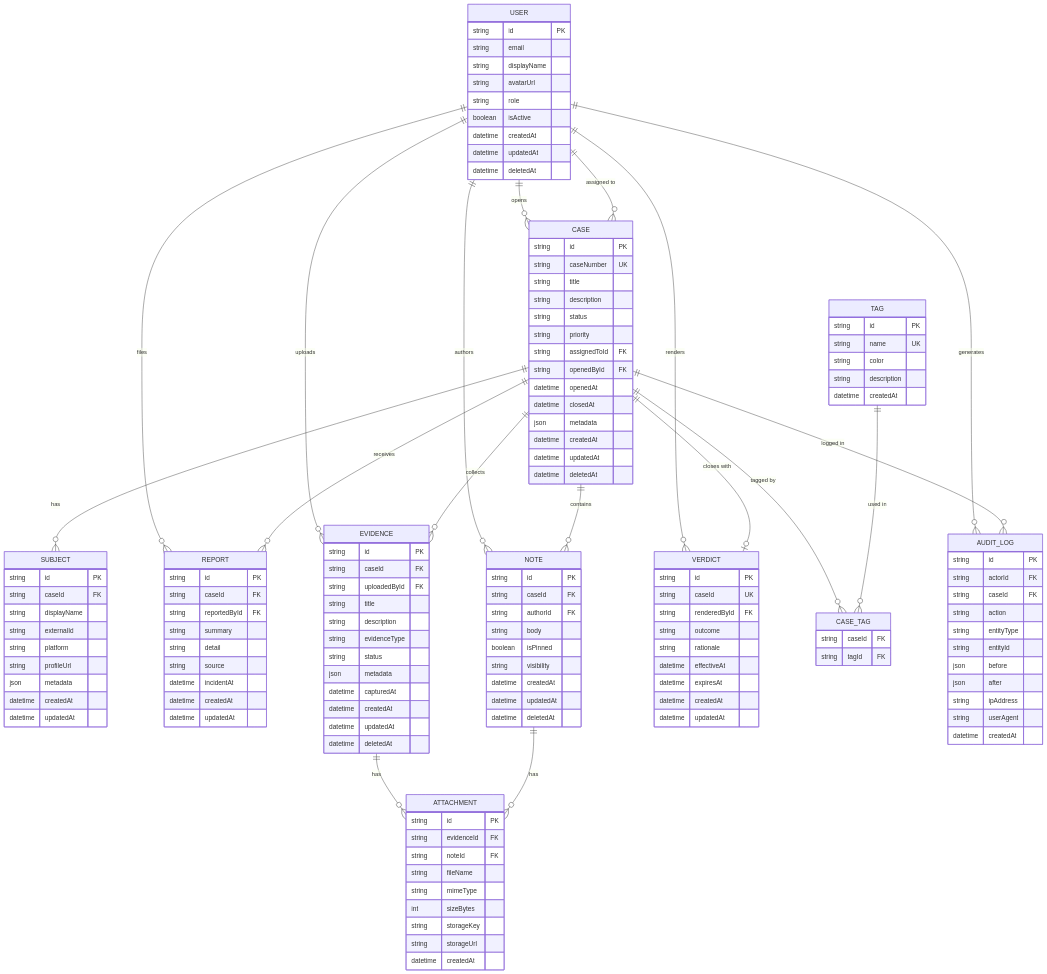
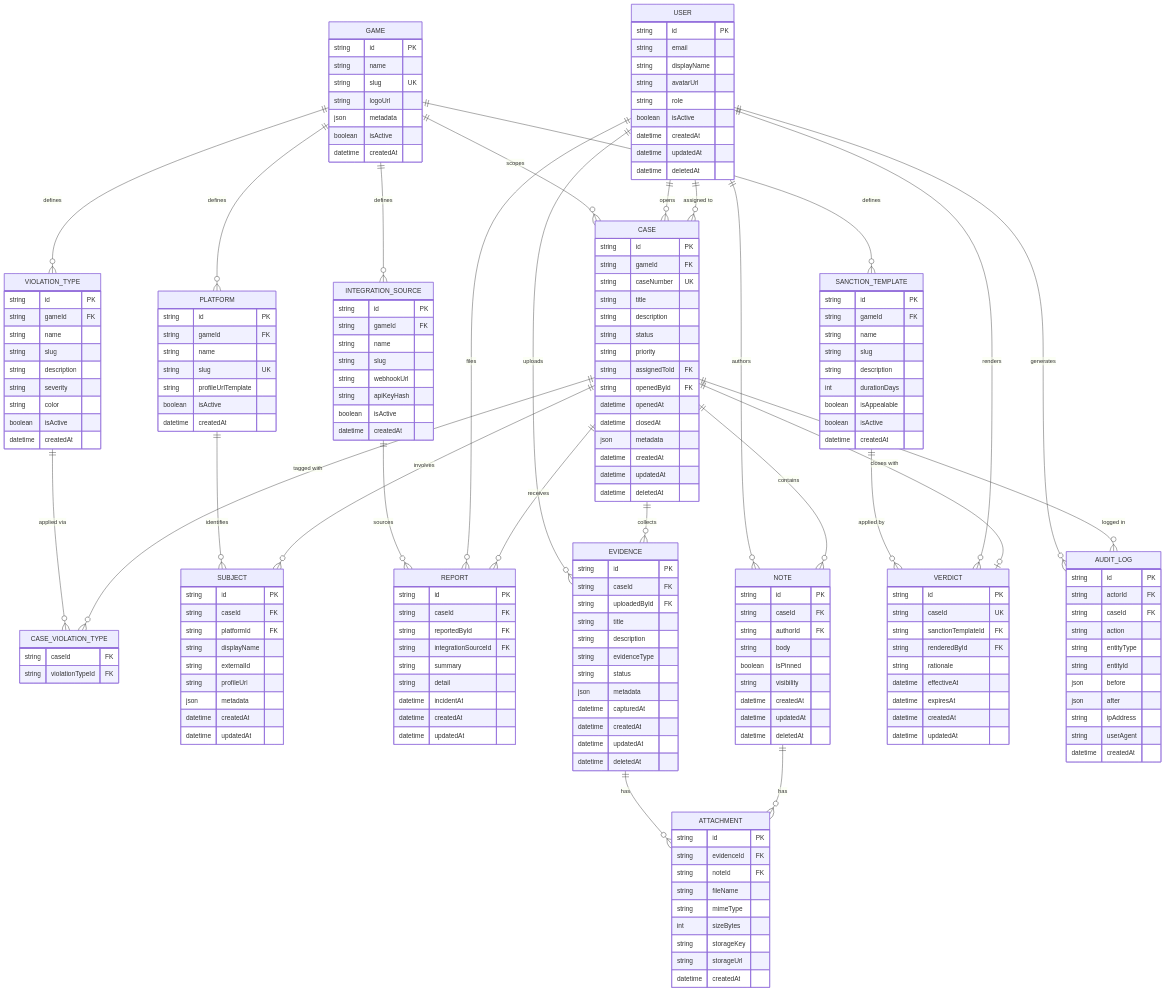
Before and after one commit to Serk4/Cheater-Case-Intelligence-Platform: the diagram in docs/data-model.md, drawn with Mermaid. The commit also changed other lines of this file, not shown here.

````diff
--- a/docs/data-model.md
+++ b/docs/data-model.md
@@ -38,5 +73,65 @@
 ```mermaid
 erDiagram
+    GAME {
+        string id PK
+        string name
+        string slug UK
+        string logoUrl
+        json metadata
+        boolean isActive
+        datetime createdAt
+    }
+
+    PLATFORM {
+        string id PK
+        string gameId FK
+        string name
+        string slug UK
+        string profileUrlTemplate
+        boolean isActive
+        datetime createdAt
+    }
+
+    VIOLATION_TYPE {
+        string id PK
+        string gameId FK
+        string name
+        string slug
+        string description
+        string severity
+        string color
+        boolean isActive
+        datetime createdAt
+    }
+
+    CASE_VIOLATION_TYPE {
+        string caseId FK
+        string violationTypeId FK
+    }
+
+    SANCTION_TEMPLATE {
+        string id PK
+        string gameId FK
+        string name
+        string slug
+        string description
+        int durationDays
+        boolean isAppealable
+        boolean isActive
+        datetime createdAt
+    }
+
+    INTEGRATION_SOURCE {
+        string id PK
+        string gameId FK
+        string name
+        string slug
+        string webhookUrl
+        string apiKeyHash
+        boolean isActive
+        datetime createdAt
+    }
+
     USER {
         string id PK
         string email
@@ -51,6 +146,7 @@
 
     CASE {
         string id PK
+        string gameId FK
         string caseNumber UK
         string title
         string description
@@ -69,9 +165,9 @@
     SUBJECT {
         string id PK
         string caseId FK
+        string platformId FK
         string displayName
         string externalId
-        string platform
         string profileUrl
         json metadata
         datetime createdAt
@@ -82,9 +178,9 @@
         string id PK
         string caseId FK
         string reportedById FK
+        string integrationSourceId FK
         string summary
         string detail
-        string source
         datetime incidentAt
         datetime createdAt
         datetime updatedAt
@@ -132,26 +228,13 @@
     VERDICT {
         string id PK
         string caseId UK
+        string sanctionTemplateId FK
         string renderedById FK
-        string outcome
         string rationale
         datetime effectiveAt
         datetime expiresAt
         datetime createdAt
         datetime updatedAt
-    }
-
-    TAG {
-        string id PK
-        string name UK
-        string color
-        string description
-        datetime createdAt
-    }
-
-    CASE_TAG {
-        string caseId FK
-        string tagId FK
     }
 
     AUDIT_LOG {
@@ -168,6 +251,21 @@
         datetime createdAt
     }
 
+    GAME ||--o{ PLATFORM : "defines"
+    GAME ||--o{ VIOLATION_TYPE : "defines"
+    GAME ||--o{ SANCTION_TEMPLATE : "defines"
+    GAME ||--o{ INTEGRATION_SOURCE : "defines"
+    GAME ||--o{ CASE : "scopes"
+
+    PLATFORM ||--o{ SUBJECT : "identifies"
+
+    VIOLATION_TYPE ||--o{ CASE_VIOLATION_TYPE : "applied via"
+    CASE ||--o{ CASE_VIOLATION_TYPE : "tagged with"
+
+    INTEGRATION_SOURCE ||--o{ REPORT : "sources"
+
+    SANCTION_TEMPLATE ||--o{ VERDICT : "applied by"
+
     USER ||--o{ CASE : "opens"
     USER ||--o{ CASE : "assigned to"
     USER ||--o{ REPORT : "files"
@@ -176,16 +274,13 @@
     USER ||--o{ VERDICT : "renders"
     USER ||--o{ AUDIT_LOG : "generates"
 
-    CASE ||--o{ SUBJECT : "has"
+    CASE ||--o{ SUBJECT : "involves"
     CASE ||--o{ REPORT : "receives"
     CASE ||--o{ EVIDENCE : "collects"
     CASE ||--o{ NOTE : "contains"
     CASE ||--o| VERDICT : "closes with"
-    CASE ||--o{ CASE_TAG : "tagged by"
     CASE ||--o{ AUDIT_LOG : "logged in"
 
     EVIDENCE ||--o{ ATTACHMENT : "has"
     NOTE ||--o{ ATTACHMENT : "has"
-
-    TAG ||--o{ CASE_TAG : "used in"
 ```
````
